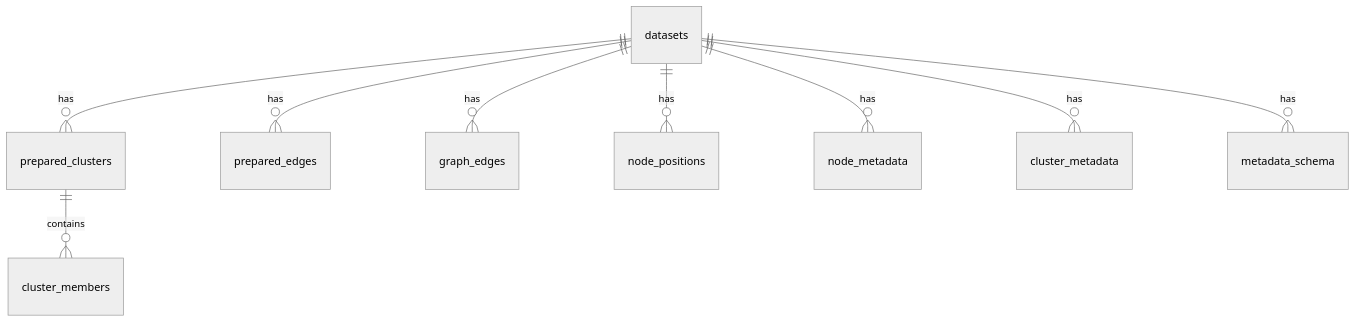
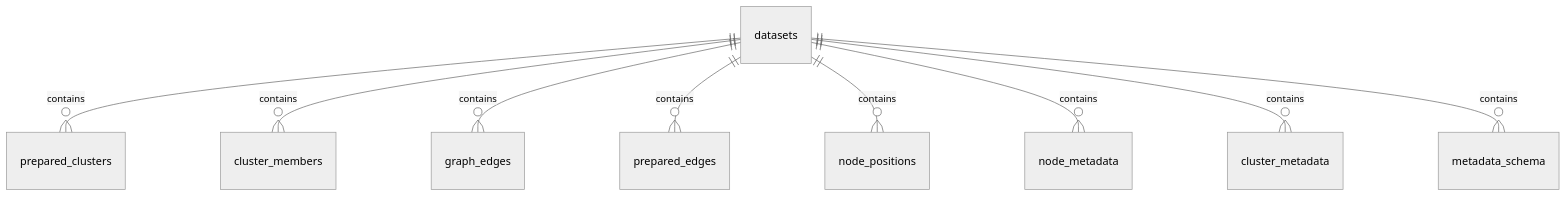
The diagram in docs/DATA_MODEL.md (phyloviz/phylo-lens), drawn with Mermaid (neutral theme) before and after one commit. The commit also changed other lines of this file and 17 other files, not shown here.

````diff
--- a/docs/DATA_MODEL.md
+++ b/docs/DATA_MODEL.md
@@ -151,11 +207,11 @@
 ```mermaid
 erDiagram
-  datasets ||--o{ prepared_clusters : has
-  datasets ||--o{ prepared_edges : has
-  datasets ||--o{ graph_edges : has
-  datasets ||--o{ node_positions : has
-  datasets ||--o{ node_metadata : has
-  datasets ||--o{ cluster_metadata : has
-  datasets ||--o{ metadata_schema : has
-  prepared_clusters ||--o{ cluster_members : contains
+  datasets ||--o{ prepared_clusters : contains
+  datasets ||--o{ cluster_members : contains
+  datasets ||--o{ graph_edges : contains
+  datasets ||--o{ prepared_edges : contains
+  datasets ||--o{ node_positions : contains
+  datasets ||--o{ node_metadata : contains
+  datasets ||--o{ cluster_metadata : contains
+  datasets ||--o{ metadata_schema : contains
 ```
````
